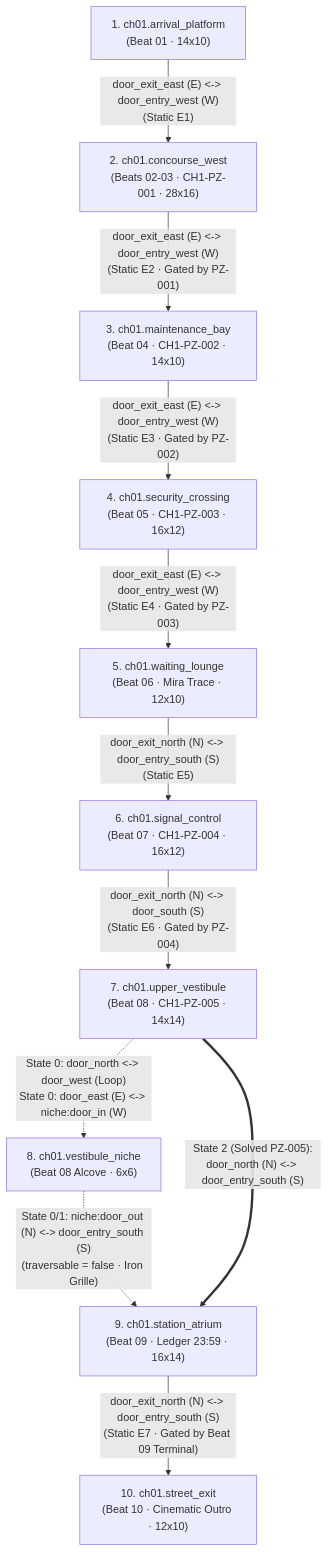
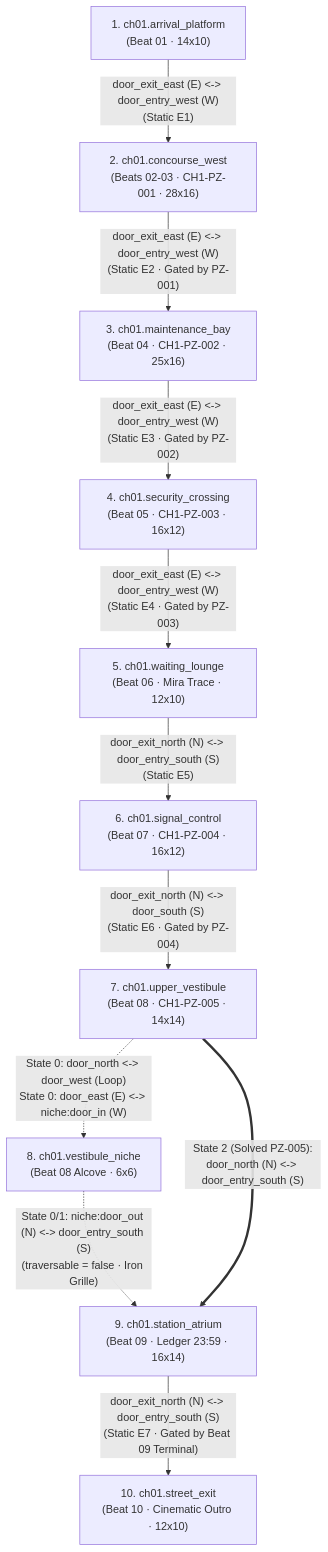
One commit to Zeeynrs/the-last-frame changed the diagram in design/ch01/ROOM_GRAPH.md. Above: the diagram before and after it, drawn with Mermaid. The commit also changed other lines of this file and 12 other files, not shown here.

Commit message:
WIP: TLF-085 maintenance bay v2 geometry, graph, and test shifts

````diff
--- a/design/ch01/ROOM_GRAPH.md
+++ b/design/ch01/ROOM_GRAPH.md
@@ -50,26 +50,26 @@
 ```mermaid
 flowchart TD
     R1["1. ch01.arrival_platform<br/>(Beat 01 · 14x10)"]
     R2["2. ch01.concourse_west<br/>(Beats 02-03 · CH1-PZ-001 · 28x16)"]
-    R3["3. ch01.maintenance_bay<br/>(Beat 04 · CH1-PZ-002 · 14x10)"]
+    R3["3. ch01.maintenance_bay<br/>(Beat 04 · CH1-PZ-002 · 25x16)"]
     R4["4. ch01.security_crossing<br/>(Beat 05 · CH1-PZ-003 · 16x12)"]
     R5["5. ch01.waiting_lounge<br/>(Beat 06 · Mira Trace · 12x10)"]
     R6["6. ch01.signal_control<br/>(Beat 07 · CH1-PZ-004 · 16x12)"]
     R7["7. ch01.upper_vestibule<br/>(Beat 08 · CH1-PZ-005 · 14x14)"]
     R8["8. ch01.vestibule_niche<br/>(Beat 08 Alcove · 6x6)"]
     R9["9. ch01.station_atrium<br/>(Beat 09 · Ledger 23:59 · 16x14)"]
     R10["10. ch01.street_exit<br/>(Beat 10 · Cinematic Outro · 12x10)"]
 
     R1 -- "door_exit_east (E) <-> door_entry_west (W)<br/>(Static E1)" --> R2
     R2 -- "door_exit_east (E) <-> door_entry_west (W)<br/>(Static E2 · Gated by PZ-001)" --> R3
     R3 -- "door_exit_east (E) <-> door_entry_west (W)<br/>(Static E3 · Gated by PZ-002)" --> R4
     R4 -- "door_exit_east (E) <-> door_entry_west (W)<br/>(Static E4 · Gated by PZ-003)" --> R5
     R5 -- "door_exit_north (N) <-> door_entry_south (S)<br/>(Static E5)" --> R6
     R6 -- "door_exit_north (N) <-> door_south (S)<br/>(Static E6 · Gated by PZ-004)" --> R7
 
     R7 -. "State 0: door_north <-> door_west (Loop)<br/>State 0: door_east (E) <-> niche:door_in (W)" .-> R8
     R8 -. "State 0/1: niche:door_out (N) <-> door_entry_south (S)<br/>(traversable = false · Iron Grille)" .-> R9
     R7 == "State 2 (Solved PZ-005):<br/>door_north (N) <-> door_entry_south (S)" ==> R9
 
     R9 -- "door_exit_north (N) <-> door_entry_south (S)<br/>(Static E7 · Gated by Beat 09 Terminal)" --> R10
 ```
````
